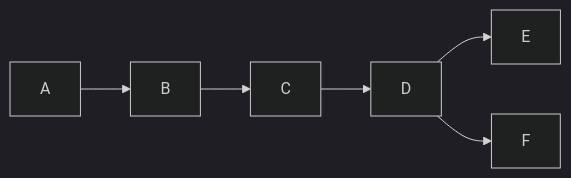
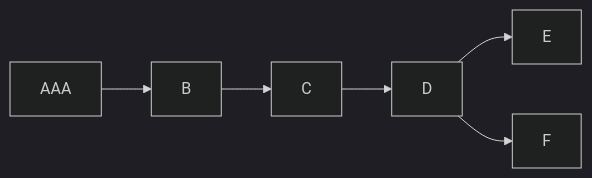
Before and after one commit to Fantastic-Devs/Mintlify: the diagram in id/id.mdx, drawn with Mermaid (dark theme).

````diff
--- a/id/id.mdx
+++ b/id/id.mdx
@@ -17,10 +17,10 @@
 ```mermaid
 
 graph LR;
-
+A["AAA"];
     A--> B;
     B--> C;
     C--> D;
     D--> E & F;
 
 ```
````
